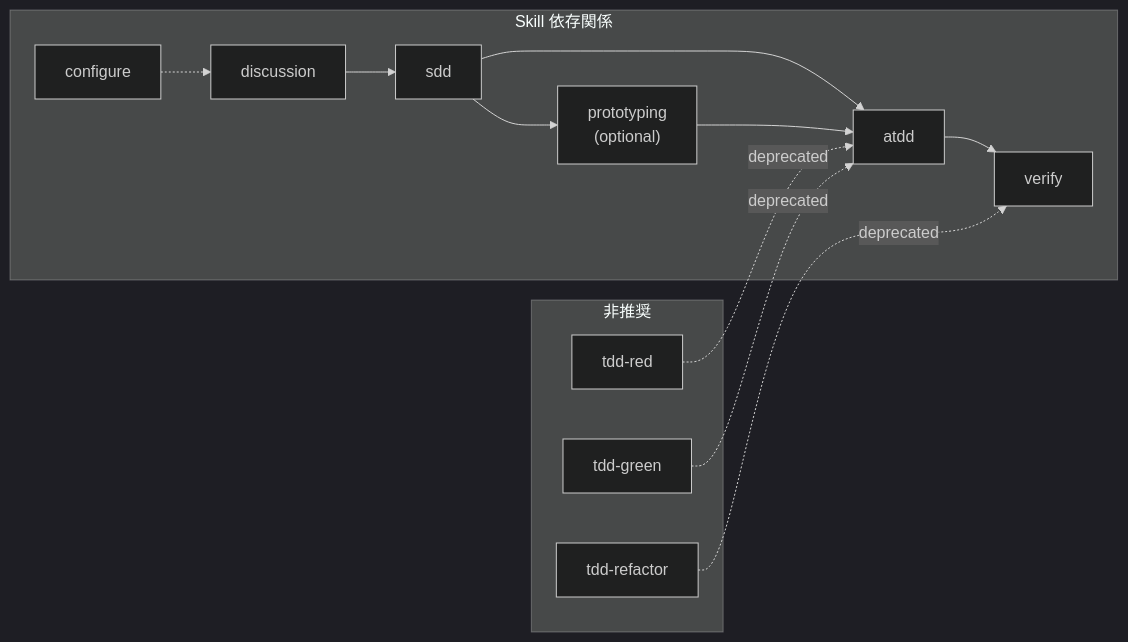
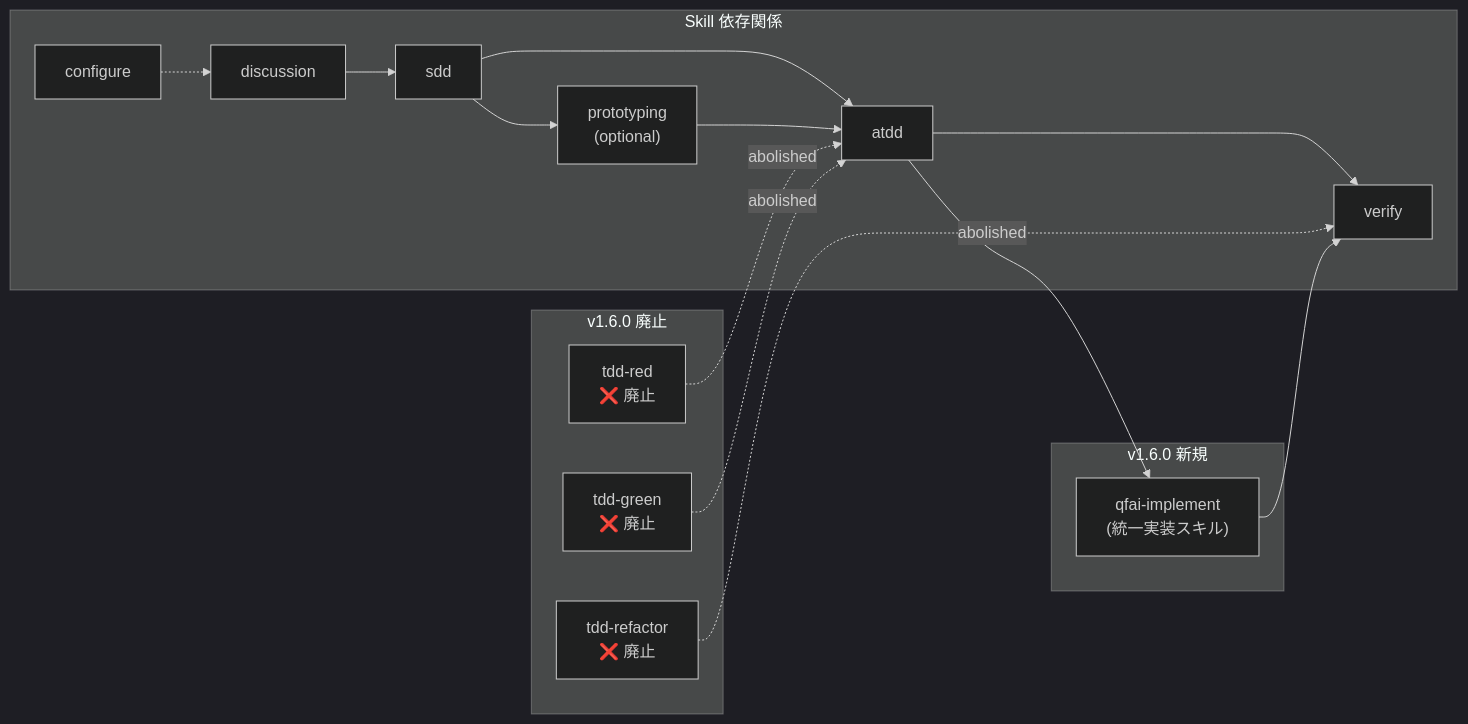
One commit to aganesy/QFAI changed the fourth of 7 diagrams in .qfai/specs/_policies/04_Business-Flow.md. Above: the diagram before and after it, drawn with Mermaid (dark theme). The commit also changed 18 other files, not shown here.

First line of the commit message:
docs: add v1.6.0 SDD spec-0014 for qfai-implement unification

````diff
--- a/.qfai/specs/_policies/04_Business-Flow.md
+++ b/.qfai/specs/_policies/04_Business-Flow.md
@@ -107,17 +107,22 @@
 ```mermaid
 flowchart LR
     subgraph SkillDeps["Skill 依存関係"]
         disc["discussion"] --> sdd["sdd"]
         sdd --> proto["prototyping<br/>(optional)"]
         sdd --> atdd["atdd"]
         proto --> atdd
         atdd --> verify["verify"]
         conf["configure"] -.-> disc
     end
 
-    subgraph Deprecated["非推奨"]
-        tdd_r["tdd-red"] -.->|deprecated| atdd
-        tdd_g["tdd-green"] -.->|deprecated| atdd
-        tdd_rf["tdd-refactor"] -.->|deprecated| verify
+    subgraph Abolished["v1.6.0 廃止"]
+        tdd_r["tdd-red<br/>❌ 廃止"] -.->|abolished| atdd
+        tdd_g["tdd-green<br/>❌ 廃止"] -.->|abolished| atdd
+        tdd_rf["tdd-refactor<br/>❌ 廃止"] -.->|abolished| verify
+    end
+
+    subgraph Replacement["v1.6.0 新規"]
+        implement["qfai-implement<br/>(統一実装スキル)"] --> verify
+        atdd --> implement
     end
 ```
````
